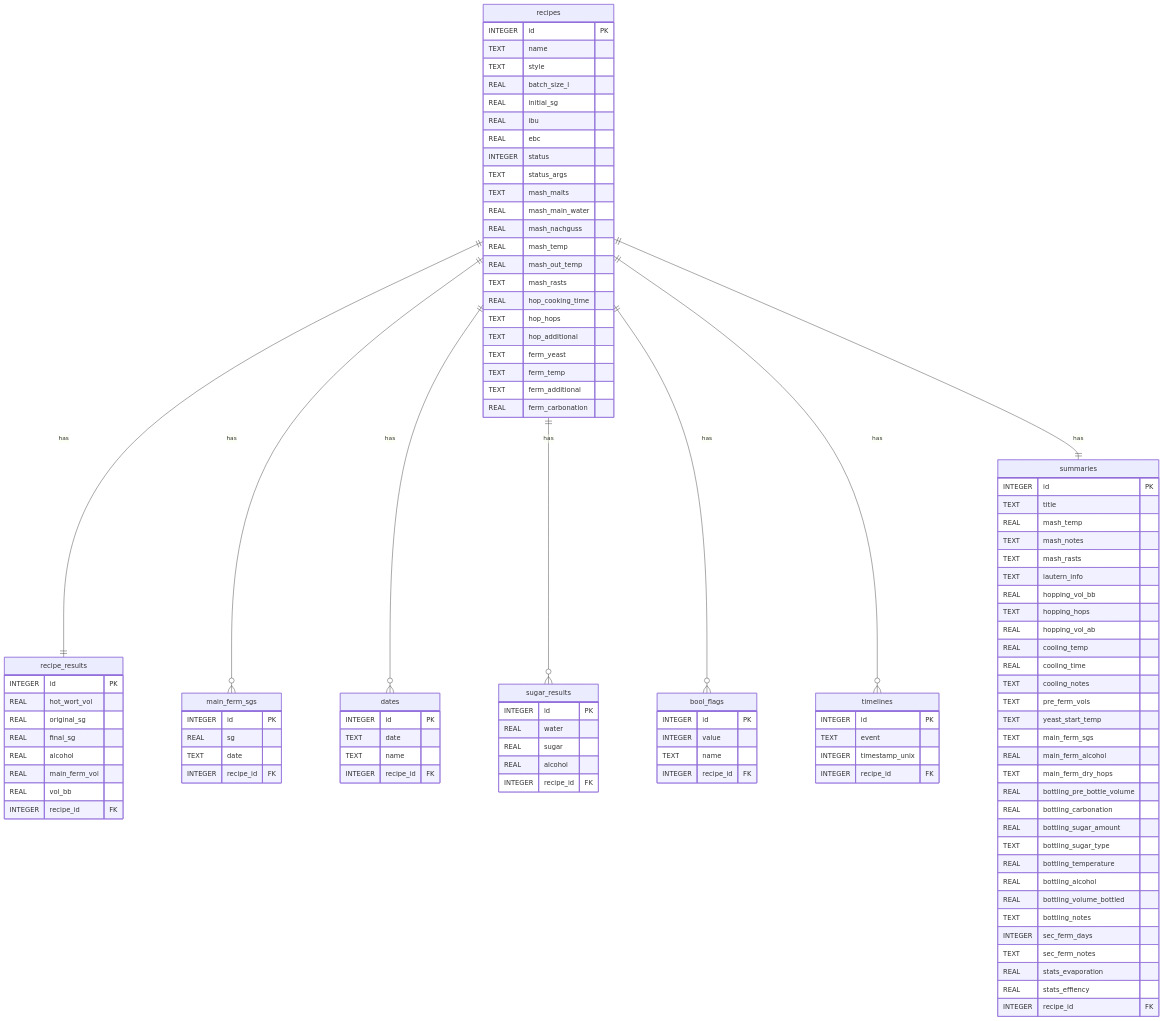
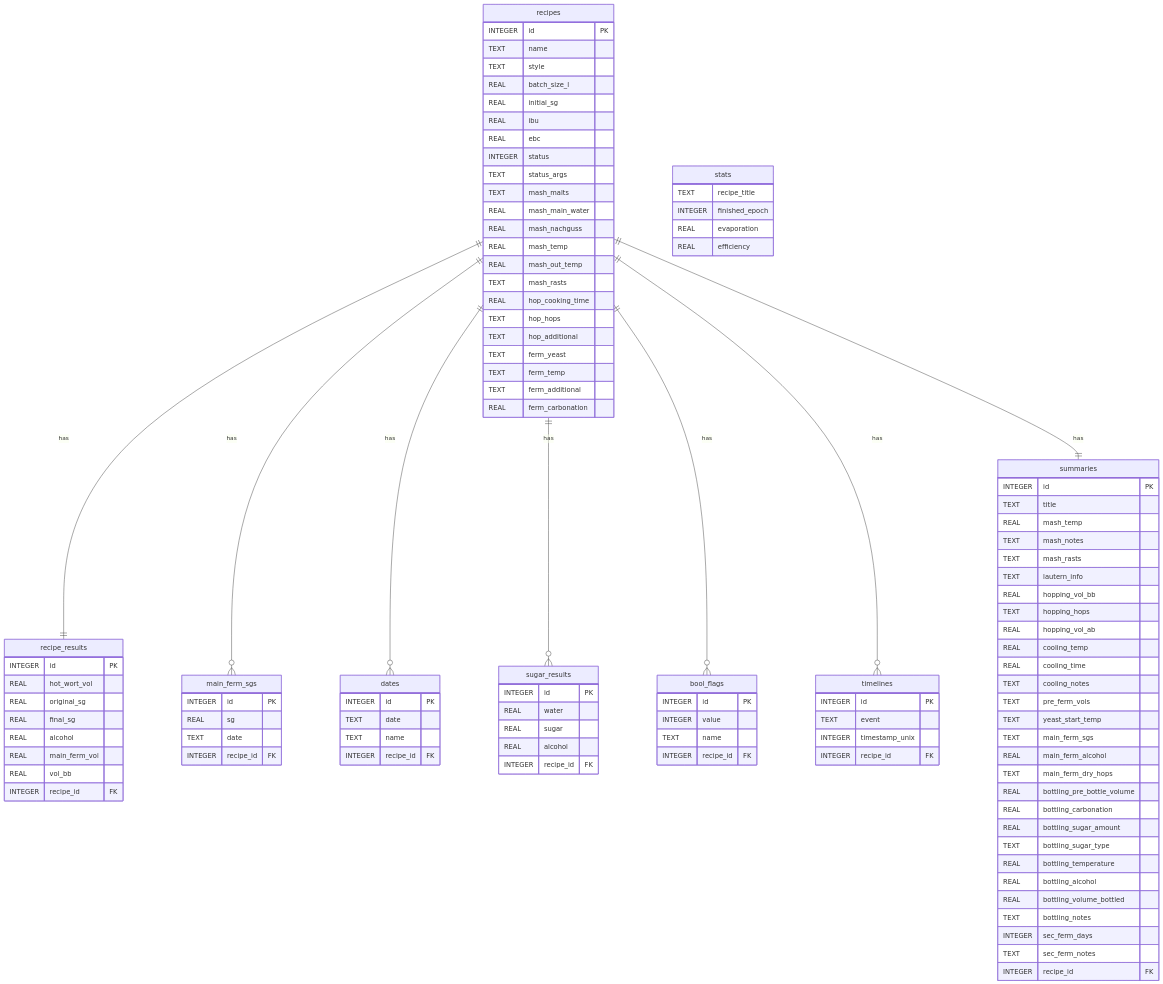
The seventh of 8 diagrams in TECHNICAL_OVERVIEW.md (juan-castrillon/brewday), drawn with Mermaid before and after one commit. The commit also changed other lines of this file and 2 other files, not shown here.

```diff
--- a/TECHNICAL_OVERVIEW.md
+++ b/TECHNICAL_OVERVIEW.md
@@ -551,9 +559,14 @@
         TEXT bottling_notes
         INTEGER sec_ferm_days
         TEXT sec_ferm_notes
-        REAL stats_evaporation
-        REAL stats_effiency
         INTEGER recipe_id FK
+    }
+
+    stats {
+        TEXT recipe_title
+        INTEGER finished_epoch
+        REAL evaporation
+        REAL efficiency
     }
 
     recipes ||--|| recipe_results : "has"
```
